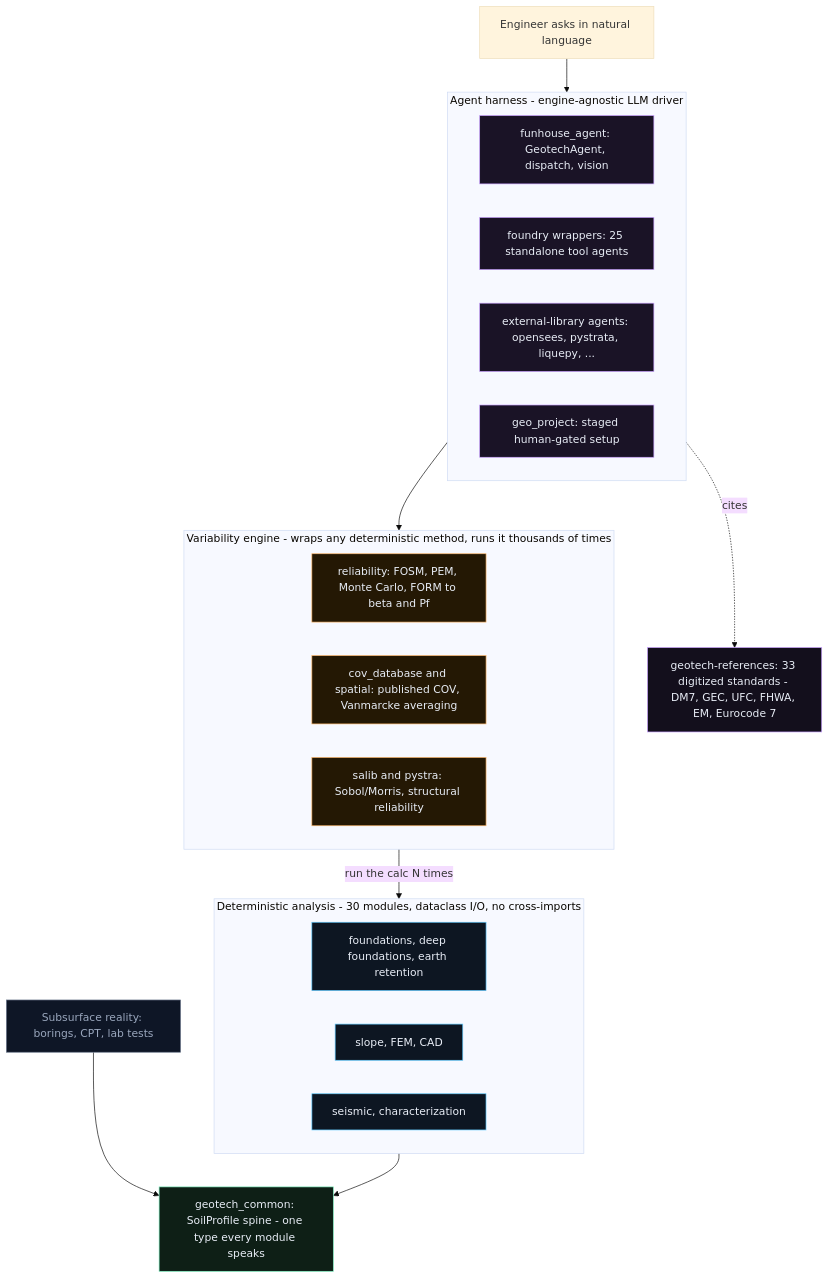
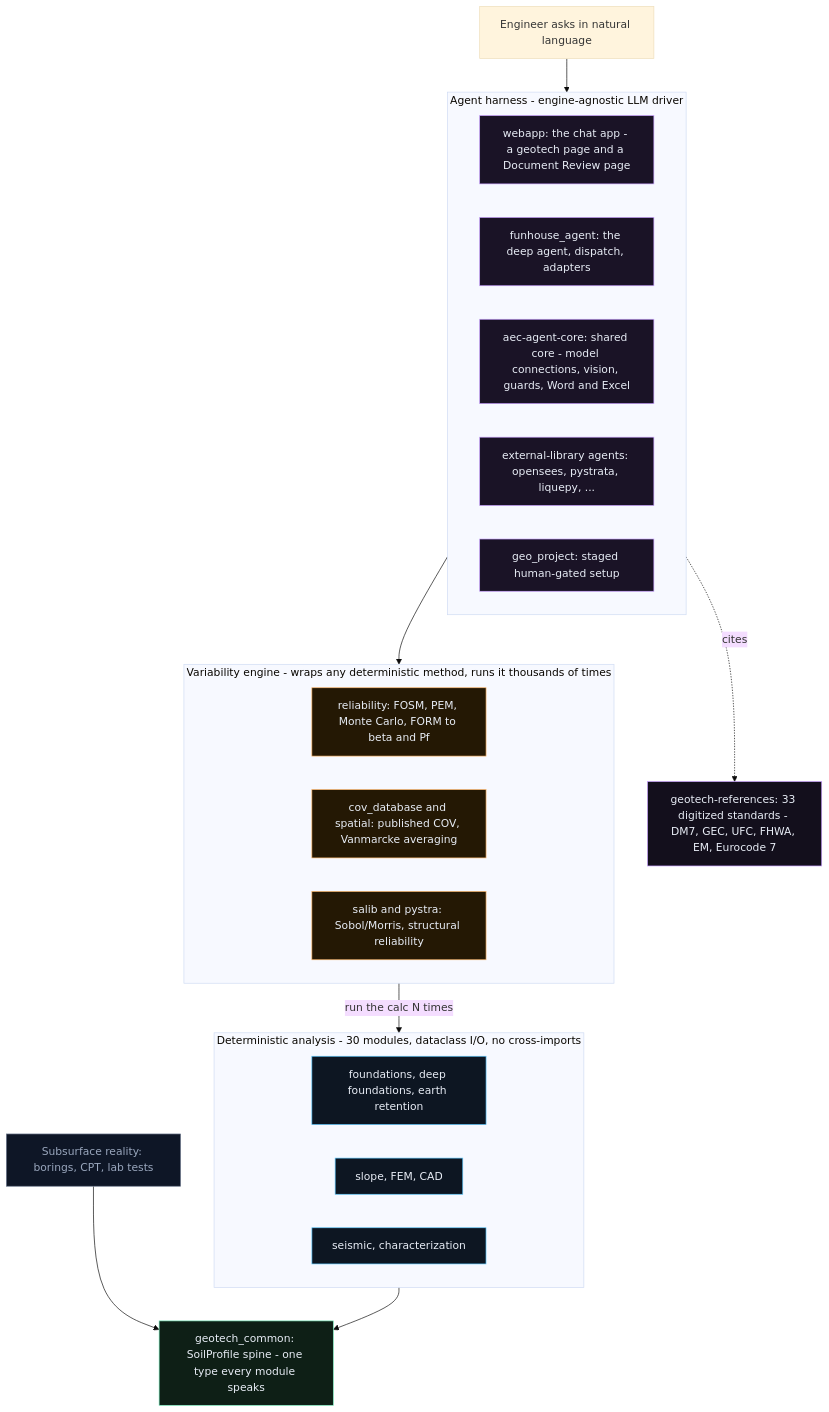
The diagram in README.md (soconnell345-geotech/GeotechStaffEngineer), drawn with Mermaid (base theme) before and after one commit. The commit also changed other lines of this file and 9 other files, not shown here.

````diff
--- a/README.md
+++ b/README.md
@@ -54,47 +54,48 @@
 ```mermaid
 flowchart TB
     ENG["Engineer asks in natural language"]
 
     subgraph AGENT["Agent harness - engine-agnostic LLM driver"]
-        FA["funhouse_agent: GeotechAgent, dispatch, vision"]
-        FD["foundry wrappers: 25 standalone tool agents"]
+        APP["webapp: the chat app - a geotech page and a Document Review page"]
+        FA["funhouse_agent: the deep agent, dispatch, adapters"]
+        CORE["aec-agent-core: shared core - model connections, vision, guards, Word and Excel"]
         LIB["external-library agents: opensees, pystrata, liquepy, ..."]
         GP["geo_project: staged human-gated setup"]
     end
 
     subgraph VAR["Variability engine - wraps any deterministic method, runs it thousands of times"]
         REL["reliability: FOSM, PEM, Monte Carlo, FORM to beta and Pf"]
         COV["cov_database and spatial: published COV, Vanmarcke averaging"]
         SENS["salib and pystra: Sobol/Morris, structural reliability"]
     end
 
     subgraph DET["Deterministic analysis - 30 modules, dataclass I/O, no cross-imports"]
         F["foundations, deep foundations, earth retention"]
         S["slope, FEM, CAD"]
         SE["seismic, characterization"]
     end
 
     SPINE["geotech_common: SoilProfile spine - one type every module speaks"]
     REF["geotech-references: 33 digitized standards - DM7, GEC, UFC, FHWA, EM, Eurocode 7"]
     GROUND["Subsurface reality: borings, CPT, lab tests"]
 
     ENG --> AGENT
     AGENT --> VAR
     VAR -->|run the calc N times| DET
     DET --> SPINE
     AGENT -.->|cites| REF
     GROUND --> SPINE
 
     classDef agent fill:#1a1326,stroke:#c8a0ff,color:#e8edf6
     classDef var fill:#241804,stroke:#ffb86b,color:#e8edf6
     classDef det fill:#0d1622,stroke:#5cc8ff,color:#e8edf6
     classDef spine fill:#0e1f16,stroke:#7df0c0,color:#e8edf6
     classDef ref fill:#130f1c,stroke:#c8a0ff,color:#e8edf6
     classDef ground fill:#0e1626,stroke:#6b778c,color:#9aa7bd
-    class FA,FD,LIB,GP agent
+    class APP,FA,CORE,LIB,GP agent
     class REL,COV,SENS var
     class F,S,SE det
     class SPINE spine
     class REF ref
     class GROUND ground
 ```
````
